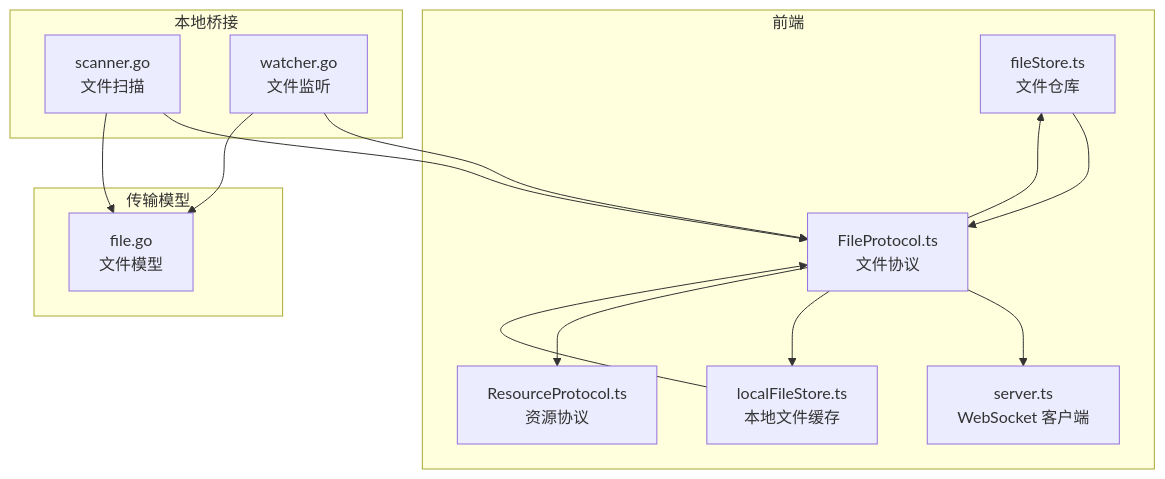
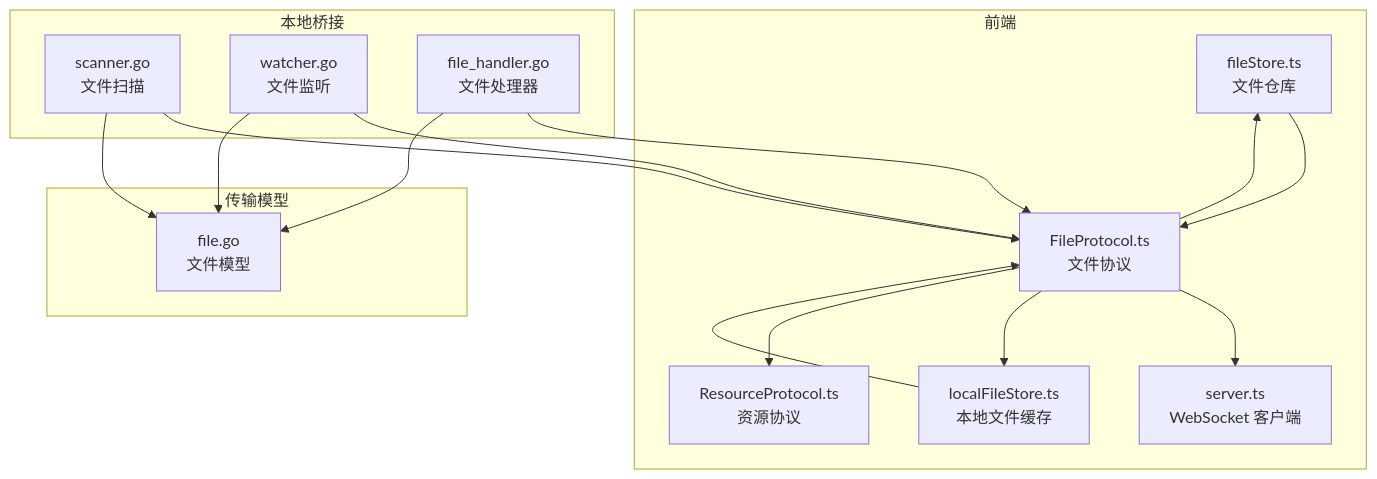
The first of 7 diagrams in .qoder/repowiki/zh/content/状态管理系统/文件状态管理.md (kqcoxn/MaaPipelineEditor), drawn with Mermaid before and after one commit. The commit also changed other lines of this file and 37 other files, not shown here.

````diff
--- a/.qoder/repowiki/zh/content/状态管理系统/文件状态管理.md
+++ b/.qoder/repowiki/zh/content/状态管理系统/文件状态管理.md
@@ -38,27 +45,30 @@
 ```mermaid
 graph TB
 subgraph "前端"
 FS["fileStore.ts<br/>文件仓库"]
 LFS["localFileStore.ts<br/>本地文件缓存"]
 FP["FileProtocol.ts<br/>文件协议"]
 RP["ResourceProtocol.ts<br/>资源协议"]
 SV["server.ts<br/>WebSocket 客户端"]
 end
 subgraph "本地桥接"
 SCN["scanner.go<br/>文件扫描"]
 WAT["watcher.go<br/>文件监听"]
+FH["file_handler.go<br/>文件处理器"]
 end
 subgraph "传输模型"
 FM["file.go<br/>文件模型"]
 end
 FS --> FP
 LFS --> FP
 FP --> SV
 SCN --> FP
 WAT --> FP
+FH --> FP
 FP --> LFS
 FP --> FS
 FP --> RP
 SCN --> FM
 WAT --> FM
+FH --> FM
 ```
````
